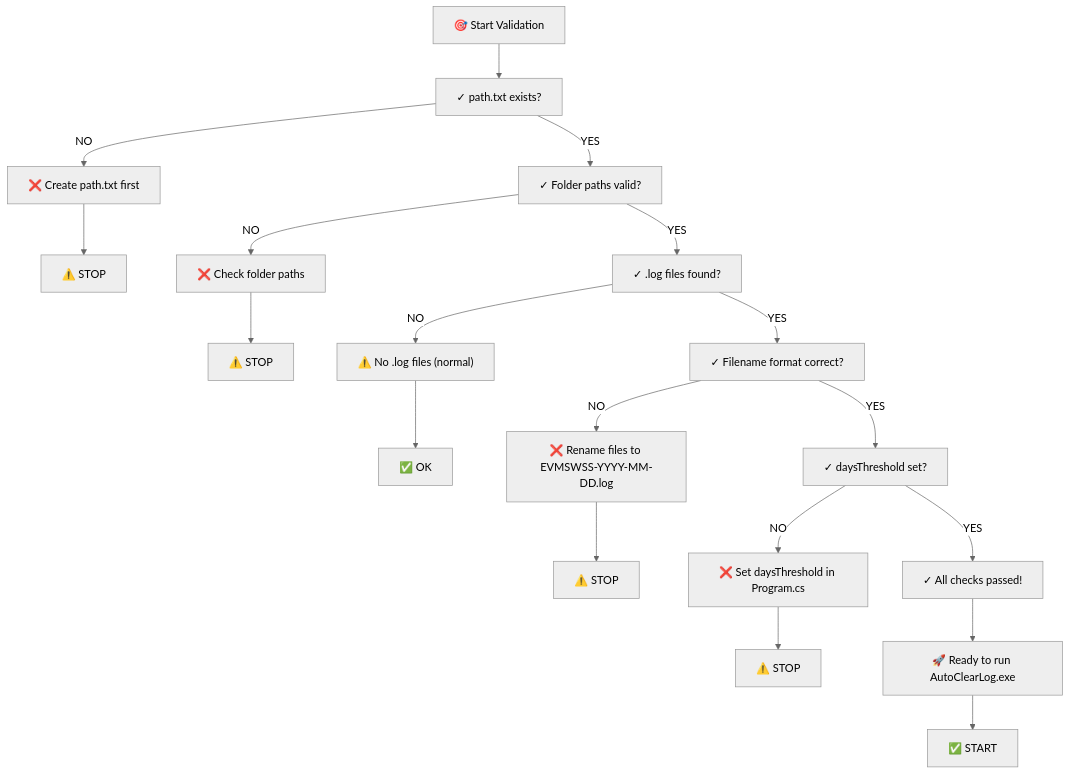
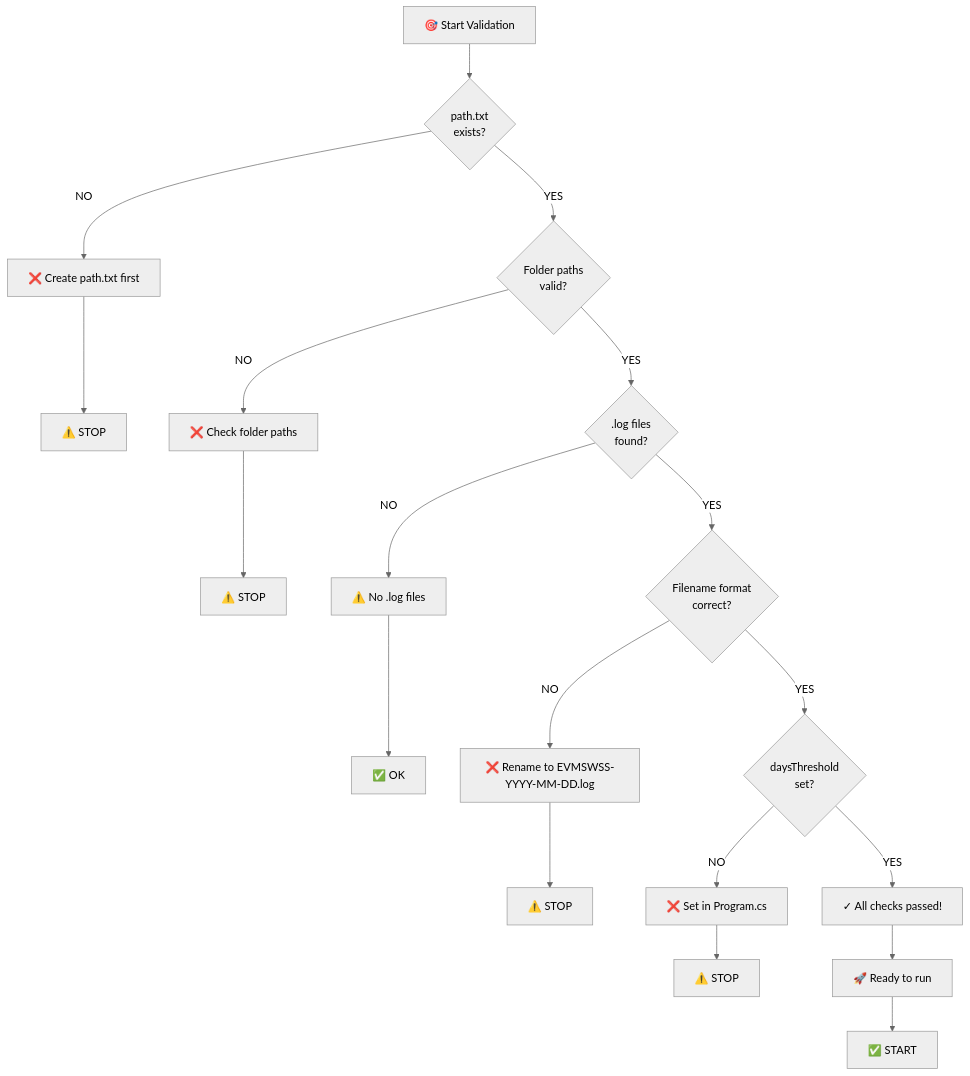
Before and after one commit to NPKman/AutoClearLog: the seventh of 8 diagrams in AutoClearLog_Flowchart_Diagram.md, drawn with Mermaid (neutral theme). The commit also changed other lines of this file, not shown here.

Commit message:
fix: Correct Mermaid diagram syntax for GitHub compatibility

````diff
--- a/AutoClearLog_Flowchart_Diagram.md
+++ b/AutoClearLog_Flowchart_Diagram.md
@@ -309,26 +309,26 @@
 ```mermaid
 graph TD
-    A["🎯 Start Validation"] --> B["✓ path.txt exists?"]
+    A["🎯 Start Validation"] --> B{path.txt<br/>exists?}
     B -->|NO| B1["❌ Create path.txt first"]
     B1 --> END1["⚠️ STOP"]
     
-    B -->|YES| C["✓ Folder paths valid?"]
+    B -->|YES| C{Folder paths<br/>valid?}
     C -->|NO| C1["❌ Check folder paths"]
     C1 --> END2["⚠️ STOP"]
     
-    C -->|YES| D["✓ .log files found?"]
-    D -->|NO| D1["⚠️ No .log files (normal)"]
+    C -->|YES| D{.log files<br/>found?}
+    D -->|NO| D1["⚠️ No .log files"]
     D1 --> END3["✅ OK"]
     
-    D -->|YES| E["✓ Filename format correct?"]
-    E -->|NO| E1["❌ Rename files to EVMSWSS-YYYY-MM-DD.log"]
+    D -->|YES| E{Filename format<br/>correct?}
+    E -->|NO| E1["❌ Rename to EVMSWSS-YYYY-MM-DD.log"]
     E1 --> END4["⚠️ STOP"]
     
-    E -->|YES| F["✓ daysThreshold set?"]
-    F -->|NO| F1["❌ Set daysThreshold in Program.cs"]
+    E -->|YES| F{daysThreshold<br/>set?}
+    F -->|NO| F1["❌ Set in Program.cs"]
     F1 --> END5["⚠️ STOP"]
     
     F -->|YES| G["✓ All checks passed!"]
-    G --> H["🚀 Ready to run AutoClearLog.exe"]
+    G --> H["🚀 Ready to run"]
     H --> END6["✅ START"]
 ```
````
